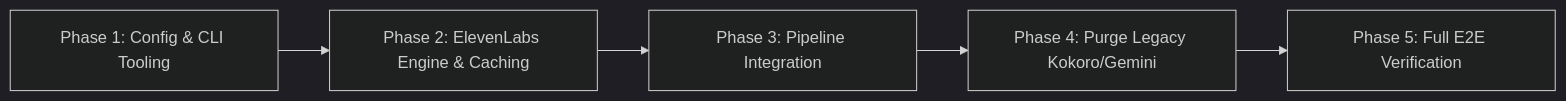
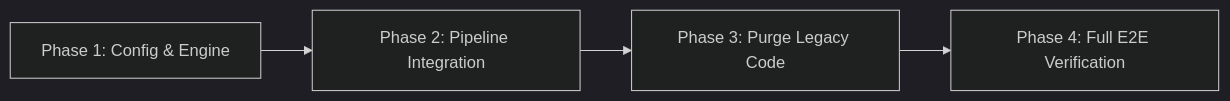
Before and after one commit to manishborikar92/Sutradhar: the second of 2 diagrams in docs/hindi-voice-engine-development-plan.md, drawn with Mermaid (dark theme). The commit also changed other lines of this file and 1 other file, not shown here.

````diff
--- a/docs/hindi-voice-engine-development-plan.md
+++ b/docs/hindi-voice-engine-development-plan.md
@@ -341,7 +231,6 @@
 ```mermaid
 flowchart LR
-    P1["Phase 1: Config & CLI Tooling"] --> P2["Phase 2: ElevenLabs Engine & Caching"]
-    P2 --> P3["Phase 3: Pipeline Integration"]
-    P3 --> P4["Phase 4: Purge Legacy Kokoro/Gemini"]
-    P4 --> P5["Phase 5: Full E2E Verification"]
+    P1["Phase 1: Config & Engine"] --> P2["Phase 2: Pipeline Integration"]
+    P2 --> P3["Phase 3: Purge Legacy Code"]
+    P3 --> P4["Phase 4: Full E2E Verification"]
 ```
````
